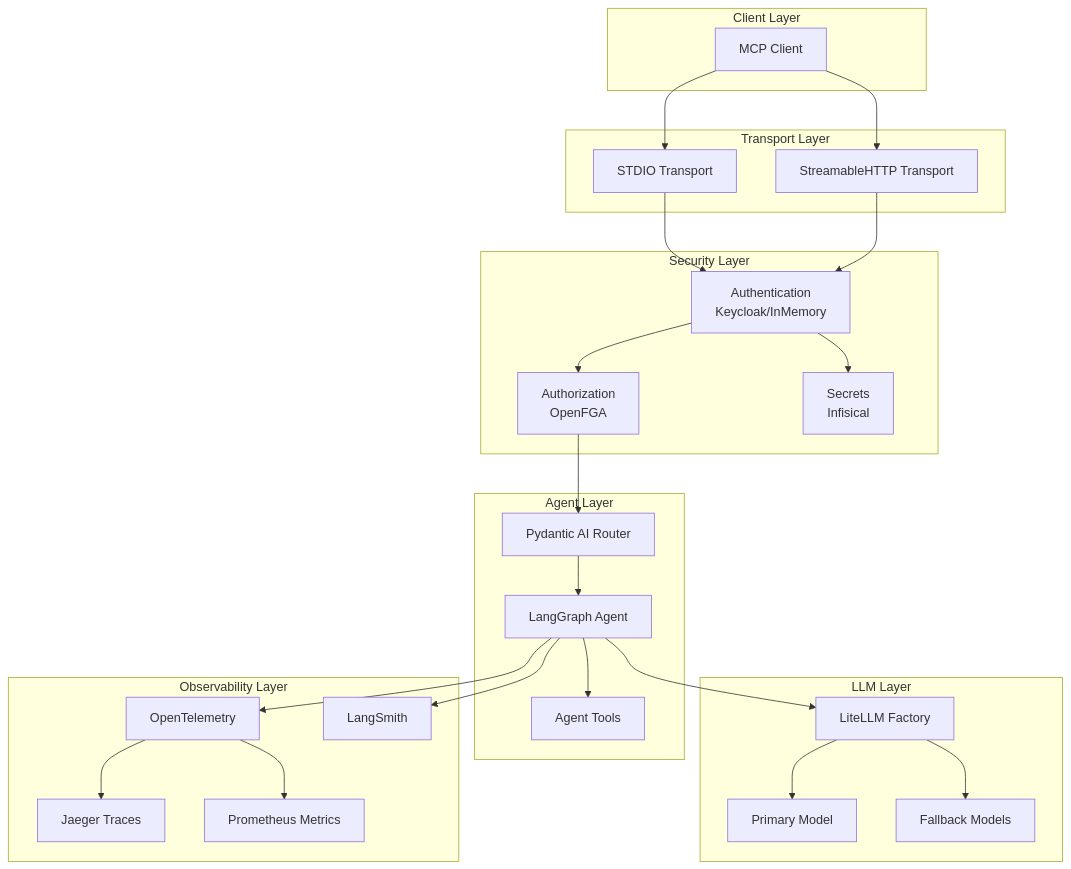
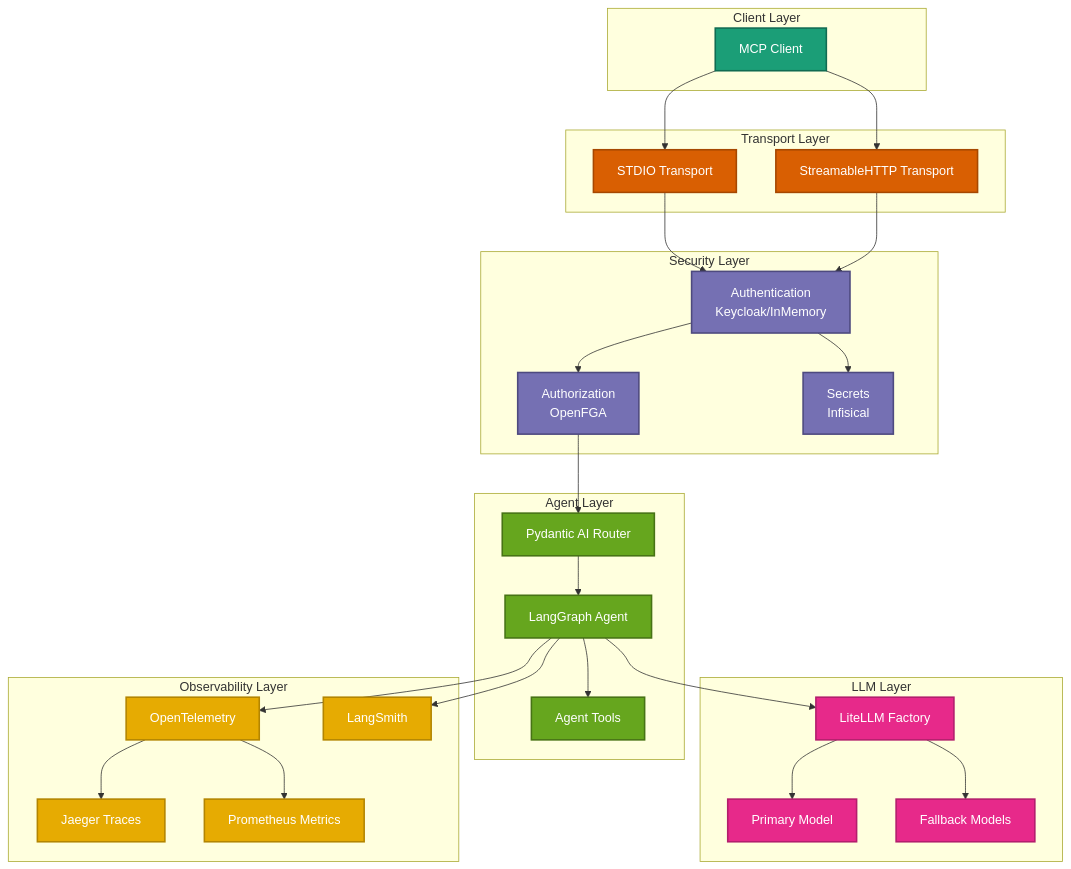
One commit to vishnu2kmohan/mcp-server-langgraph changed the diagram in docs/architecture/overview.mdx. Above: the diagram before and after it, drawn with Mermaid. The commit also changed 9 other files, not shown here.

First line of the commit message:
style: apply ColorBrewer2 Dark2 palette to all remaining diagrams

````diff
--- a/docs/architecture/overview.mdx
+++ b/docs/architecture/overview.mdx
@@ -221,53 +221,68 @@
 ```mermaid
 graph TB
-    subgraph "Client Layer"
+    subgraph Client_Layer["Client Layer"]
         Client[MCP Client]
     end
 
-    subgraph "Transport Layer"
+    subgraph Transport_Layer["Transport Layer"]
         STDIO[STDIO Transport]
         HTTP[StreamableHTTP Transport]
     end
 
-    subgraph "Security Layer"
+    subgraph Security_Layer["Security Layer"]
         Auth[Authentication<br/>Keycloak/InMemory]
         AuthZ[Authorization<br/>OpenFGA]
         Secrets[Secrets<br/>Infisical]
     end
 
-    subgraph "Agent Layer"
+    subgraph Agent_Layer["Agent Layer"]
         Router[Pydantic AI Router]
         Agent[LangGraph Agent]
         Tools[Agent Tools]
     end
 
-    subgraph "LLM Layer"
+    subgraph LLM_Layer["LLM Layer"]
         LiteLLM[LiteLLM Factory]
         Primary[Primary Model]
         Fallback[Fallback Models]
     end
 
-    subgraph "Observability Layer"
+    subgraph Observability_Layer["Observability Layer"]
         OTEL[OpenTelemetry]
         Jaeger[Jaeger Traces]
         Prom[Prometheus Metrics]
         LangSmith[LangSmith]
     end
 
     Client --> STDIO
     Client --> HTTP
     STDIO --> Auth
     HTTP --> Auth
     Auth --> AuthZ
     AuthZ --> Router
     Router --> Agent
     Agent --> Tools
     Agent --> LiteLLM
     LiteLLM --> Primary
     LiteLLM --> Fallback
     Auth --> Secrets
     Agent --> OTEL
     Agent --> LangSmith
     OTEL --> Jaeger
     OTEL --> Prom
+
+    %% ColorBrewer2 Dark2 palette styling
+    classDef clientStyle fill:#1b9e77,stroke:#116b52,stroke-width:2px,color:#fff
+    classDef transportStyle fill:#d95f02,stroke:#a64801,stroke-width:2px,color:#fff
+    classDef securityStyle fill:#7570b3,stroke:#4e4a7f,stroke-width:2px,color:#fff
+    classDef agentStyle fill:#66a61e,stroke:#477315,stroke-width:2px,color:#fff
+    classDef llmStyle fill:#e7298a,stroke:#b31e6d,stroke-width:2px,color:#fff
+    classDef obsStyle fill:#e6ab02,stroke:#b38501,stroke-width:2px,color:#fff
+
+    class Client clientStyle
+    class STDIO,HTTP transportStyle
+    class Auth,AuthZ,Secrets securityStyle
+    class Router,Agent,Tools agentStyle
+    class LiteLLM,Primary,Fallback llmStyle
+    class OTEL,Jaeger,Prom,LangSmith obsStyle
 ```
````
